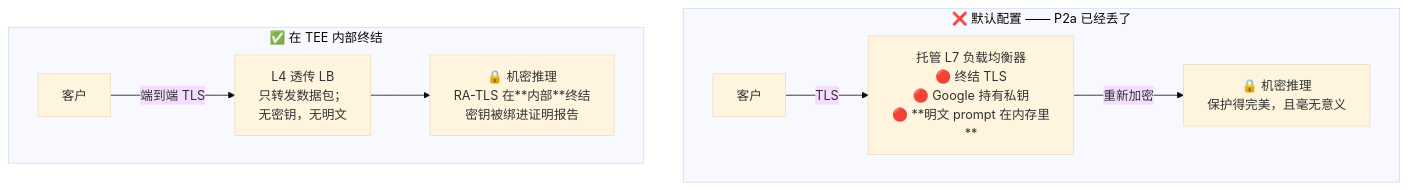
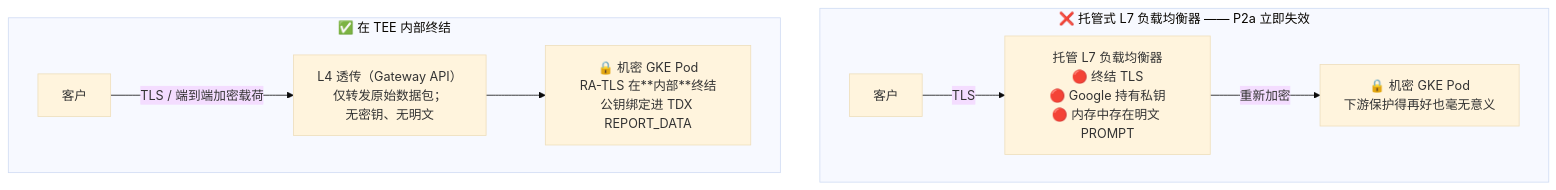
One commit to Marinette101/llm-cc-in-k8s changed the third of 5 diagrams in docs/zh/06_designing_confidential_llm_serving_on_gke.md. Above: the diagram before and after it, drawn with Mermaid (base theme). The commit also changed other lines of this file and 9 other files, not shown here.

Commit message:
feat: incorporate GKE Hypercluster and AI Hypercomputer architecture into confidential LLM serving docs

````diff
--- a/docs/zh/06_designing_confidential_llm_serving_on_gke.md
+++ b/docs/zh/06_designing_confidential_llm_serving_on_gke.md
@@ -205,12 +227,12 @@
 ```mermaid
 flowchart TD
-    subgraph BAD ["❌ 默认配置 —— P2a 已经丢了"]
-        A1["客户"] -->|"TLS"| B1["托管 L7 负载均衡器<br>🔴 终结 TLS<br>🔴 Google 持有私钥<br>🔴 **明文 prompt 在内存里**"]
-        B1 -->|"重新加密"| C1["🔒 机密推理<br>保护得完美，且毫无意义"]
+    subgraph BAD ["❌ 托管式 L7 负载均衡器 —— P2a 立即失效"]
+        A1["客户"] -->|"TLS"| B1["托管 L7 负载均衡器<br>🔴 终结 TLS<br>🔴 Google 持有私钥<br>🔴 内存中存在明文 PROMPT"]
+        B1 -->|"重新加密"| C1["🔒 机密 GKE Pod<br>下游保护得再好也毫无意义"]
     end
 
     subgraph GOOD ["✅ 在 TEE 内部终结"]
-        A2["客户"] -->|"端到端 TLS"| B2["L4 透传 LB<br>只转发数据包；<br>无密钥，无明文"]
-        B2 --> C2["🔒 机密推理<br>RA-TLS 在**内部**终结<br>密钥被绑进证明报告"]
+        A2["客户"] -->|"TLS / 端到端加密载荷"| B2["L4 透传（Gateway API）<br>仅转发原始数据包；<br>无密钥、无明文"]
+        B2 --> C2["🔒 机密 GKE Pod<br>RA-TLS 在**内部**终结<br>公钥绑定进 TDX REPORT_DATA"]
     end
 ```
````
